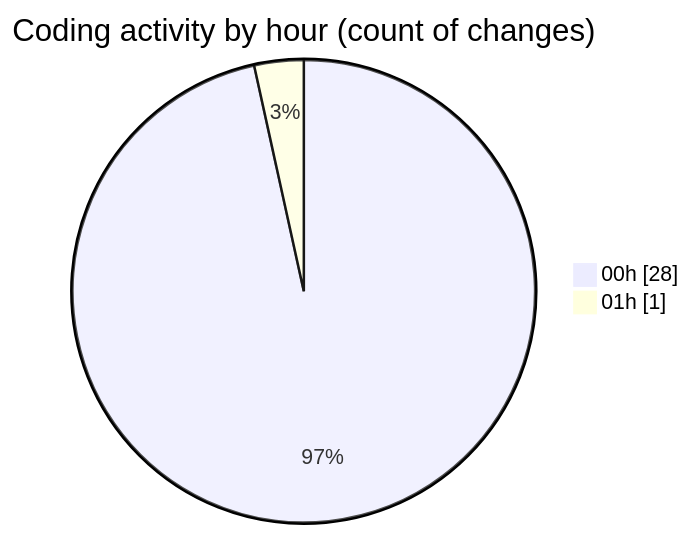
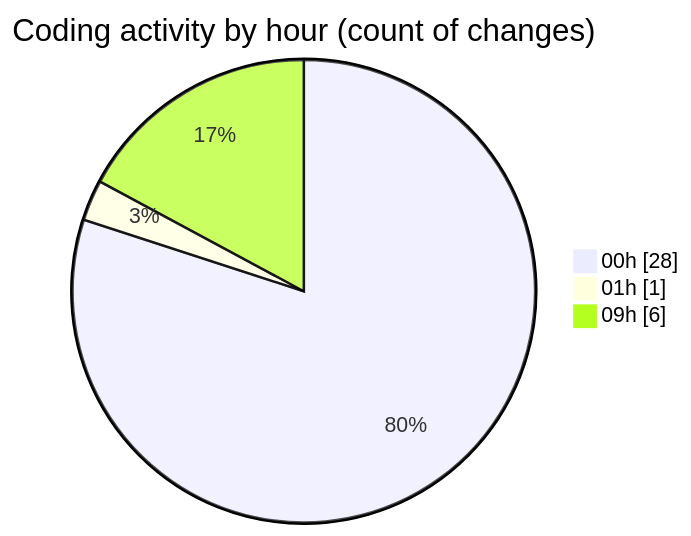
The second of 2 diagrams in 2025-05-24/elitesun/README.md (Elitesun/code-tracking), drawn with Mermaid before and after one commit. The commit also changed other lines of this file and 1 other file, not shown here.

````diff
--- a/2025-05-24/elitesun/README.md
+++ b/2025-05-24/elitesun/README.md
@@ -38,6 +40,7 @@
 ```mermaid
 pie showData
 title Coding activity by hour (count of changes)
 "00h" : 28
 "01h" : 1
+"09h" : 6
 ```
````
